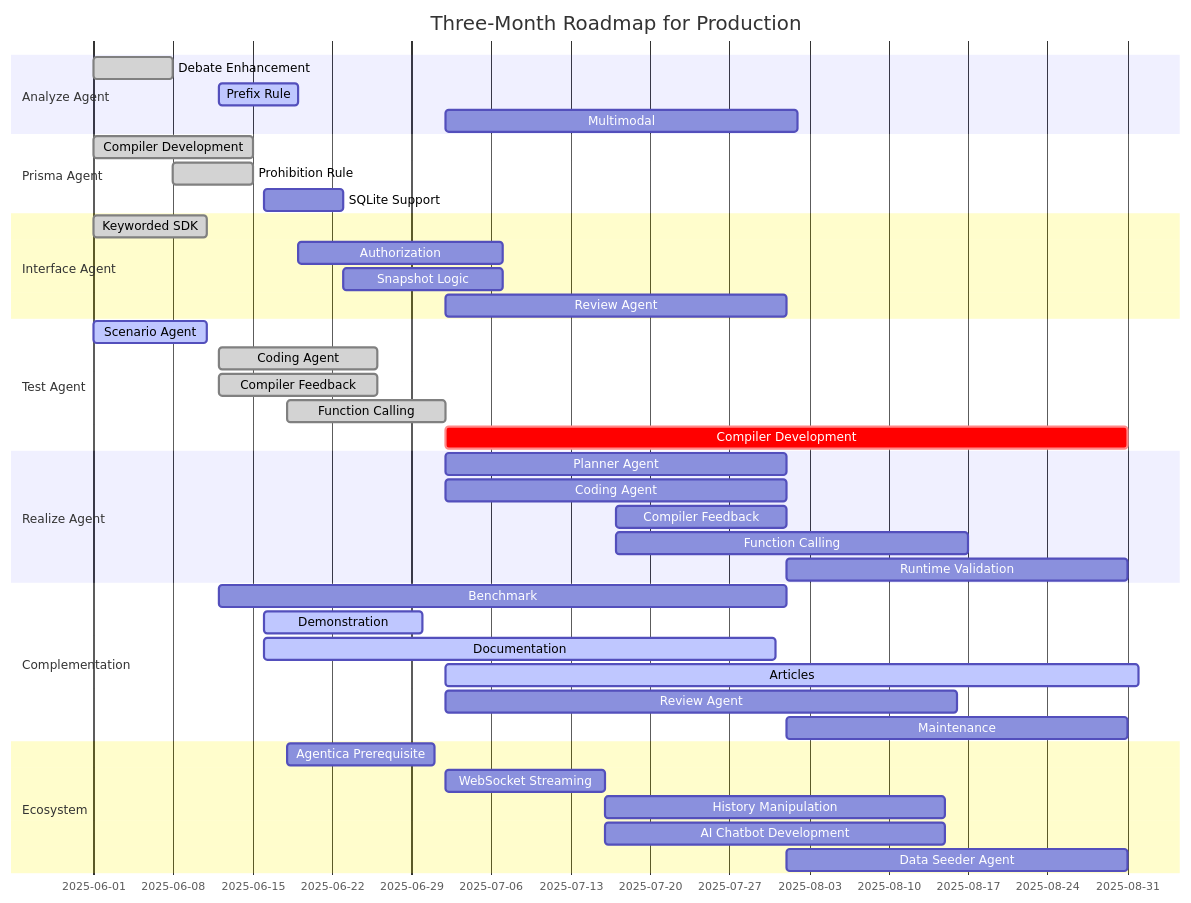
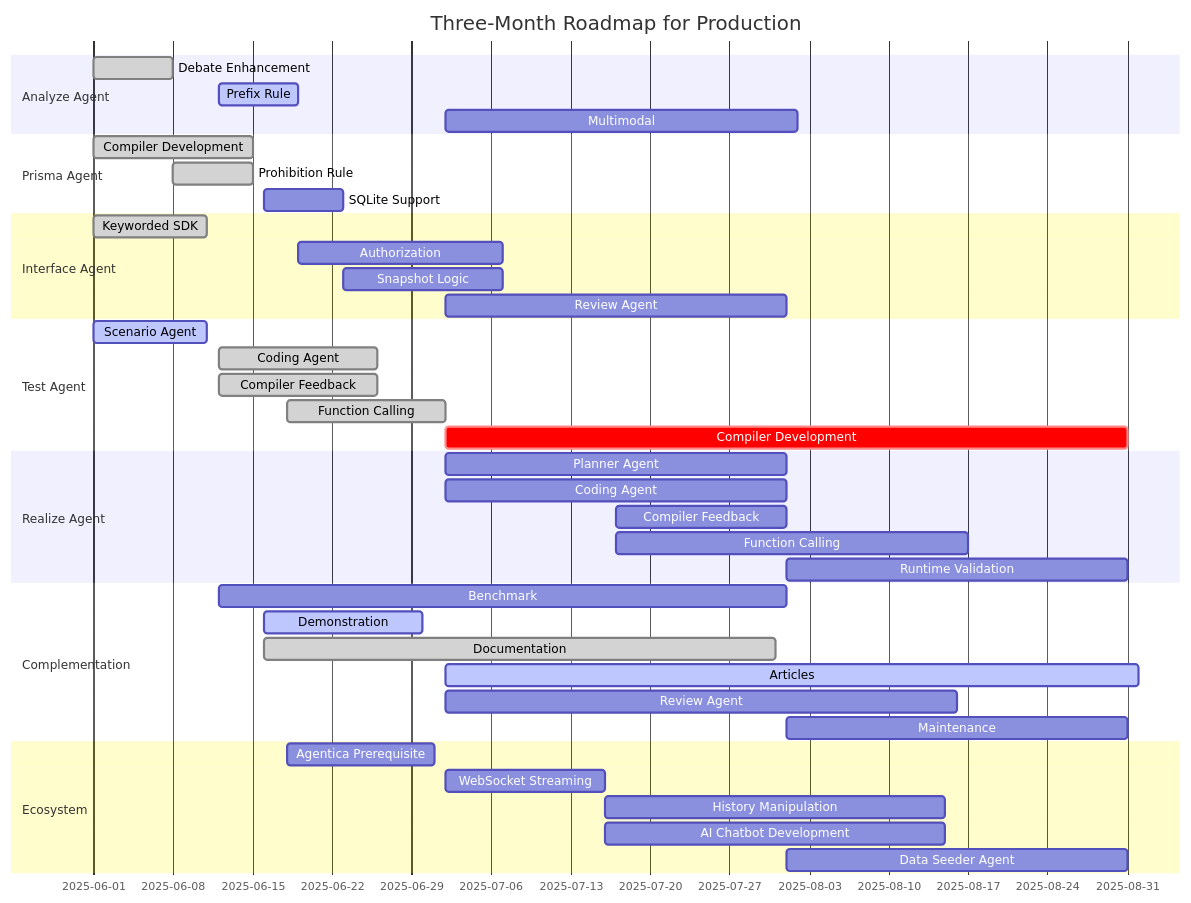
The second of 2 diagrams in README.md (RavenView-ai/autobe), drawn with Mermaid before and after one commit. The commit also changed 7 other files, not shown here.

````diff
--- a/README.md
+++ b/README.md
@@ -154,50 +154,50 @@
 ```mermaid
 gantt
   dateFormat YYYY-MM-DD
   title Three-Month Roadmap for Production
 
   section Analyze Agent
   Debate Enhancement: done,    2025-06-01,  7d
   Prefix Rule:          active,  2025-06-12,  7d
   Multimodal:           planned, 2025-07-02, 31d
 
   section Prisma Agent
   Compiler Development: done,    2025-06-01, 14d
   Prohibition Rule:     done,    2025-06-08,  7d
   SQLite Support:       planned, 2025-06-16,  7d
 
   section Interface Agent
   Keyworded SDK:  done,    2025-06-01, 10d
   Authorization:  planned, 2025-06-19, 18d
   Snapshot Logic: planned, 2025-06-23, 14d
   Review Agent:   planned, 2025-07-02, 30d
 
   section Test Agent
   Scenario Agent:       active, 2025-06-01, 10d        
   Coding Agent:         done,   2025-06-12, 14d
   Compiler Feedback:    done,   2025-06-12, 14d
   Function Calling:     done,   2025-06-18, 14d
   Compiler Development: crit,   2025-07-02, 60d
 
   section Realize Agent
   Planner Agent:      planned, 2025-07-02, 30d
   Coding Agent:       planned, 2025-07-02, 30d
   Compiler Feedback:  planned, 2025-07-17, 15d
   Function Calling:   planned, 2025-07-17, 31d
   Runtime Validation: planned, 2025-08-01, 30d
 
   section Complementation
   Benchmark:     planned, 2025-06-12, 50d
   Demonstration: active,  2025-06-16, 14d
-  Documentation: active,  2025-06-16, 45d
+  Documentation: done,    2025-06-16, 45d
   Articles:      active,  2025-07-02, 61d
   Review Agent:  planned, 2025-07-02, 45d
   Maintenance:   planned, 2025-08-01, 30d
 
   section Ecosystem
   Agentica Prerequisite:  planned, 2025-06-18, 13d
   WebSocket Streaming:    planned, 2025-07-02, 14d
   History Manipulation:   planned, 2025-07-16, 30d
   AI Chatbot Development: planned, 2025-07-16, 30d
   Data Seeder Agent:      planned, 2025-08-01, 30d
 ```
````
